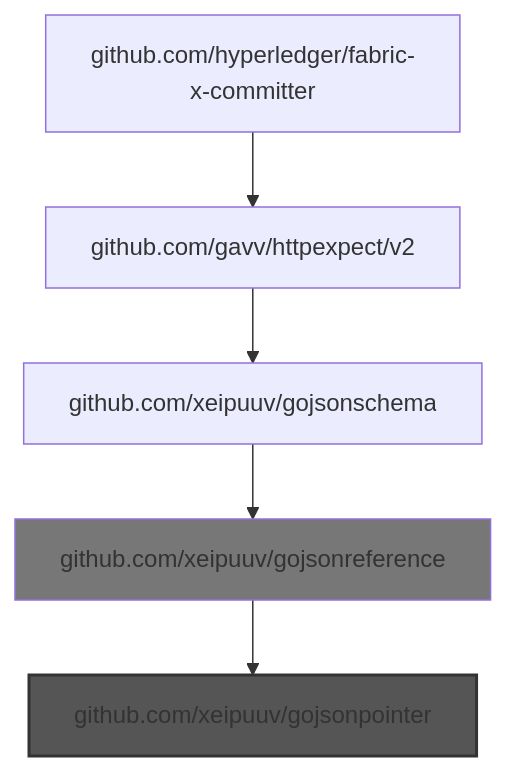
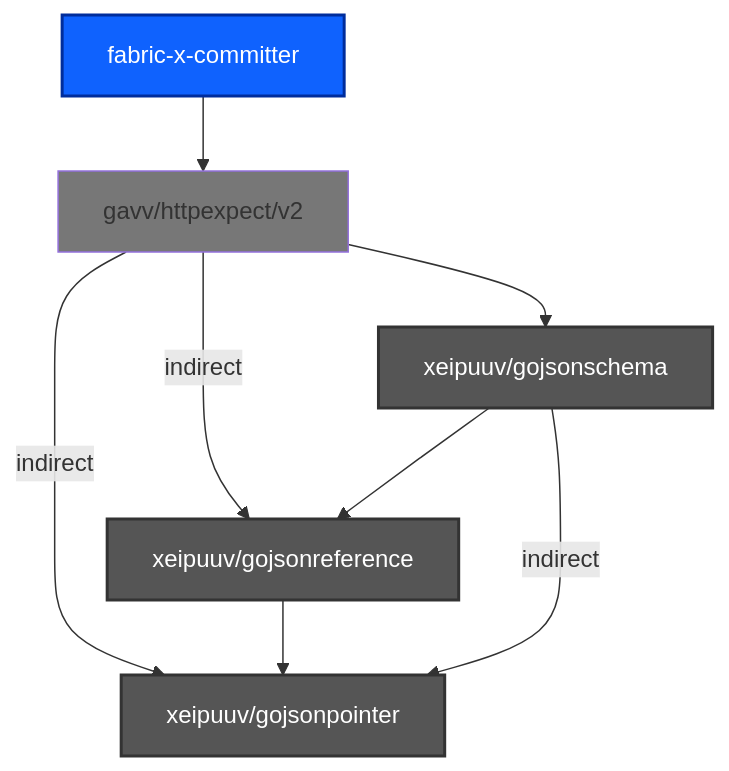
Before and after one commit to liran-funaro/fabric-x-committer: the ninth of 9 diagrams in bad-imports-analysis.md, drawn with Mermaid. The commit also changed other lines of this file and 2 other files, not shown here.

````diff
--- a/bad-imports-analysis.md
+++ b/bad-imports-analysis.md
@@ -1745,9 +620,15 @@
 ```mermaid
 graph TD
-    github.com/gavv/httpexpect/v2 --> github.com/xeipuuv/gojsonschema
-    github.com/hyperledger/fabric-x-committer --> github.com/gavv/httpexpect/v2
-    github.com/xeipuuv/gojsonreference --> github.com/xeipuuv/gojsonpointer
-    github.com/xeipuuv/gojsonschema --> github.com/xeipuuv/gojsonreference
-    style github.com/xeipuuv/gojsonpointer fill:#555,stroke:#333,stroke-width:2px
-    style github.com/xeipuuv/gojsonreference fill:#777
+    fabric-x-committer --> gavv/httpexpect/v2
+    gavv/httpexpect/v2 -->|indirect| xeipuuv/gojsonpointer
+    gavv/httpexpect/v2 -->|indirect| xeipuuv/gojsonreference
+    gavv/httpexpect/v2 --> xeipuuv/gojsonschema
+    xeipuuv/gojsonreference --> xeipuuv/gojsonpointer
+    xeipuuv/gojsonschema -->|indirect| xeipuuv/gojsonpointer
+    xeipuuv/gojsonschema --> xeipuuv/gojsonreference
+    style gavv/httpexpect/v2 fill:#777
+    style fabric-x-committer fill:#0f62fe,stroke:#002d9c,stroke-width:2px,color:#fff
+    style xeipuuv/gojsonpointer fill:#555,stroke:#333,stroke-width:2px,color:#fff
+    style xeipuuv/gojsonreference fill:#555,stroke:#333,stroke-width:2px,color:#fff
+    style xeipuuv/gojsonschema fill:#555,stroke:#333,stroke-width:2px,color:#fff
 ```
````
